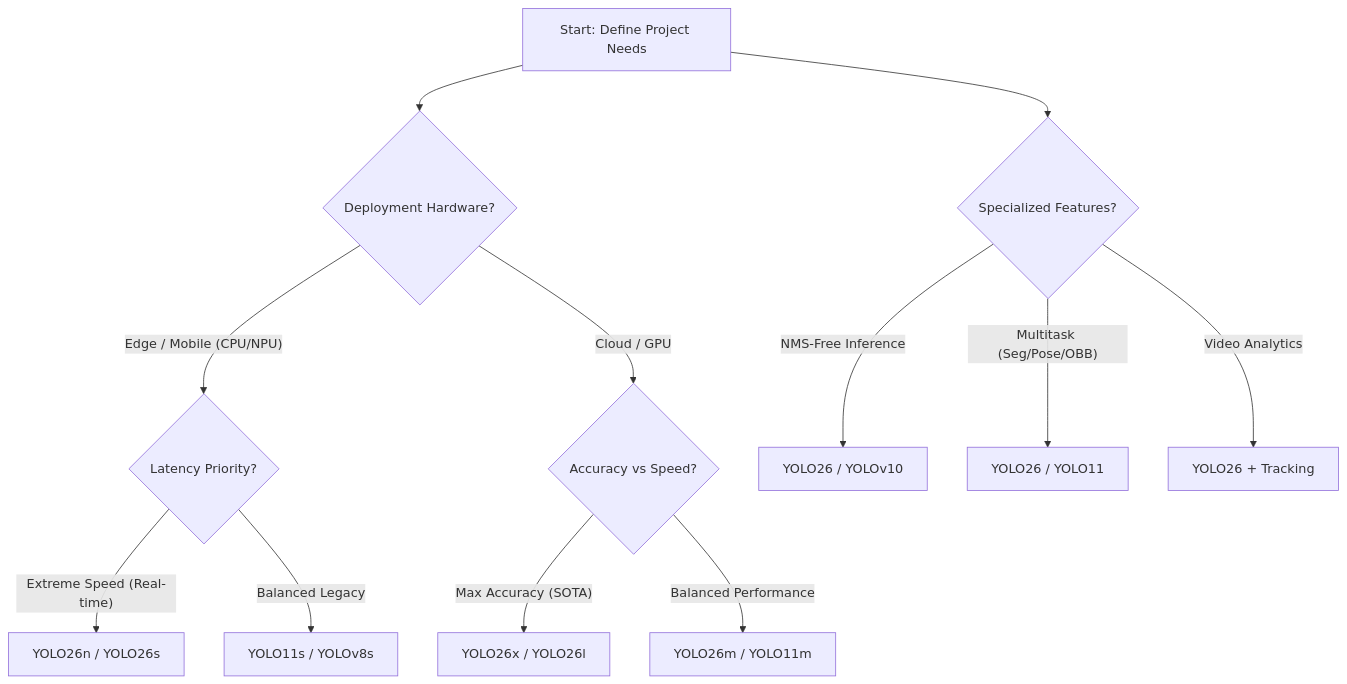
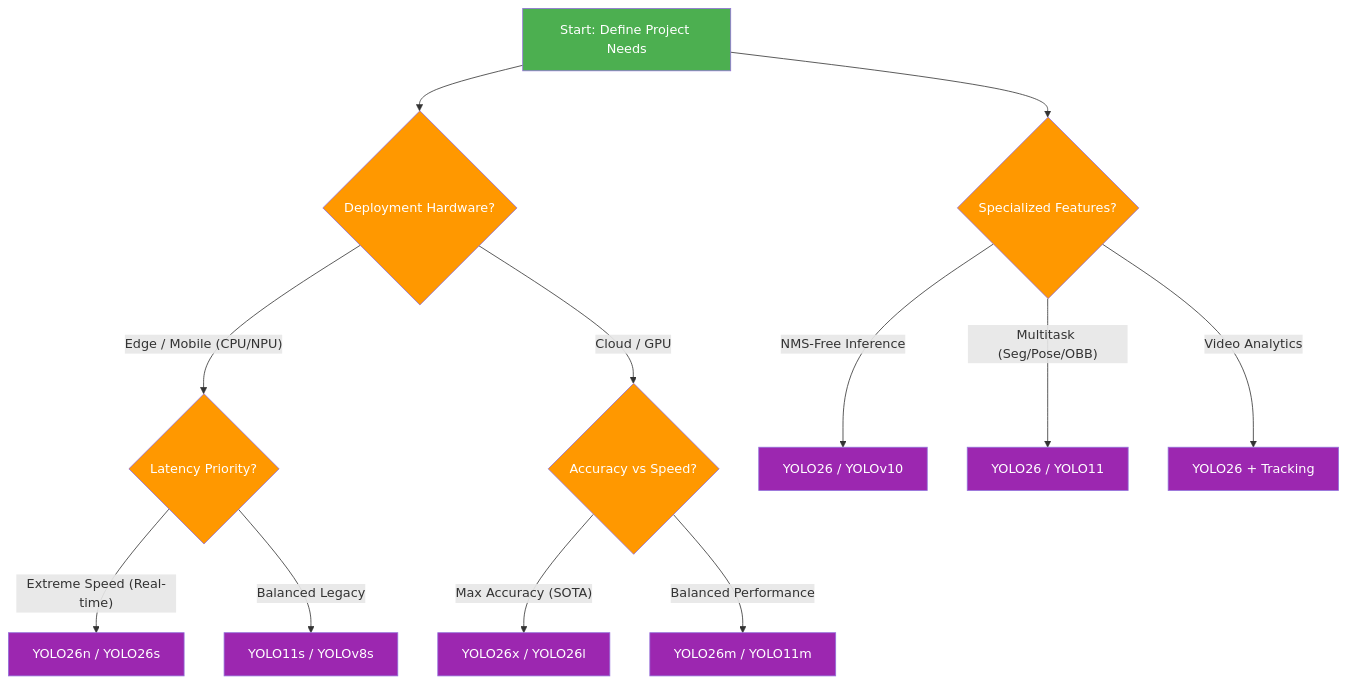
The diagram in docs/en/compare/index.md (ultralytics/docs), drawn with Mermaid before and after one commit.

Commit message:
Standardize Mermaid diagram colors (#319)

````diff
--- a/docs/en/compare/index.md
+++ b/docs/en/compare/index.md
@@ -28,17 +28,21 @@
 ```mermaid
 graph TD
-    A[Start: Define Project Needs] --> B{Deployment Hardware?}
-    B -- "Edge / Mobile (CPU/NPU)" --> C{Latency Priority?}
-    B -- "Cloud / GPU" --> D{Accuracy vs Speed?}
+    A[Start: Define Project Needs]:::start --> B{Deployment Hardware?}:::decide
+    B -- "Edge / Mobile (CPU/NPU)" --> C{Latency Priority?}:::decide
+    B -- "Cloud / GPU" --> D{Accuracy vs Speed?}:::decide
 
-    C -- "Extreme Speed (Real-time)" --> E[YOLO26n / YOLO26s]
-    C -- "Balanced Legacy" --> F[YOLO11s / YOLOv8s]
+    C -- "Extreme Speed (Real-time)" --> E[YOLO26n / YOLO26s]:::out
+    C -- "Balanced Legacy" --> F[YOLO11s / YOLOv8s]:::out
 
-    D -- "Max Accuracy (SOTA)" --> G[YOLO26x / YOLO26l]
-    D -- "Balanced Performance" --> H[YOLO26m / YOLO11m]
+    D -- "Max Accuracy (SOTA)" --> G[YOLO26x / YOLO26l]:::out
+    D -- "Balanced Performance" --> H[YOLO26m / YOLO11m]:::out
 
-    A --> I{Specialized Features?}
-    I -- "NMS-Free Inference" --> J[YOLO26 / YOLOv10]
-    I -- "Multitask (Seg/Pose/OBB)" --> K[YOLO26 / YOLO11]
-    I -- "Video Analytics" --> L[YOLO26 + Tracking]
+    A --> I{Specialized Features?}:::decide
+    I -- "NMS-Free Inference" --> J[YOLO26 / YOLOv10]:::out
+    I -- "Multitask (Seg/Pose/OBB)" --> K[YOLO26 / YOLO11]:::out
+    I -- "Video Analytics" --> L[YOLO26 + Tracking]:::out
+
+    classDef start fill:#4CAF50,color:#fff
+    classDef decide fill:#FF9800,color:#fff
+    classDef out fill:#9C27B0,color:#fff
 ```
````
